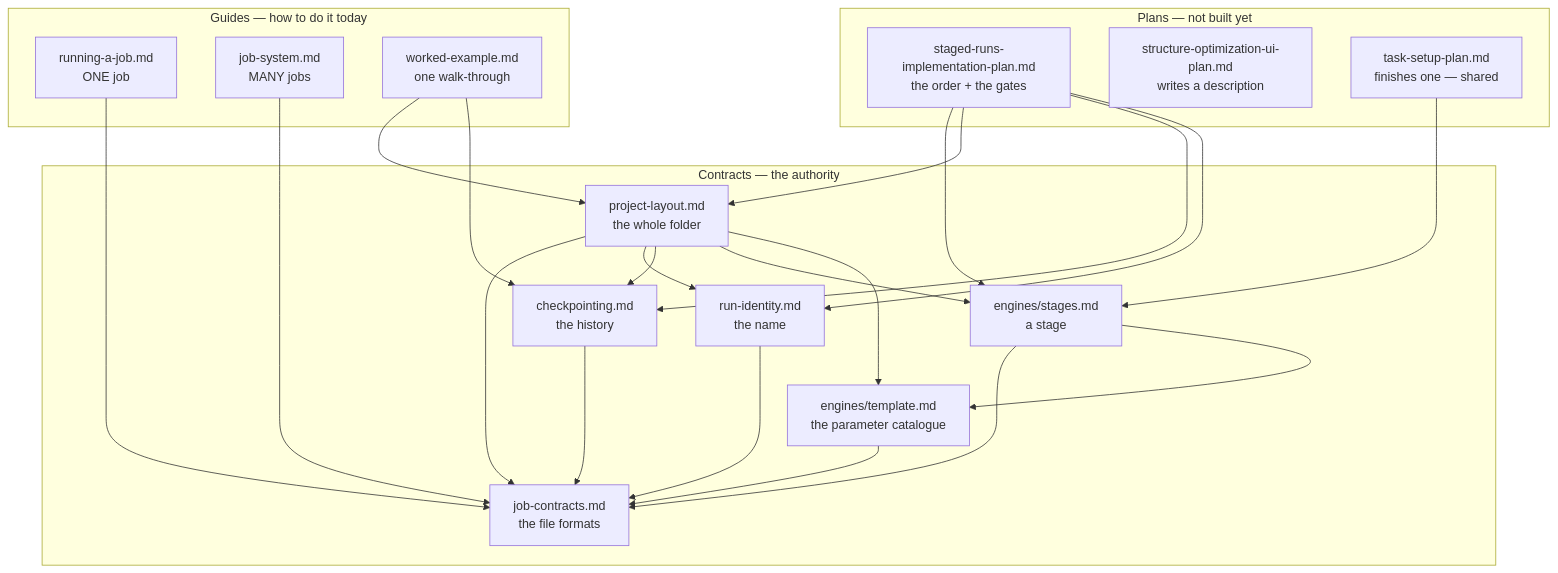
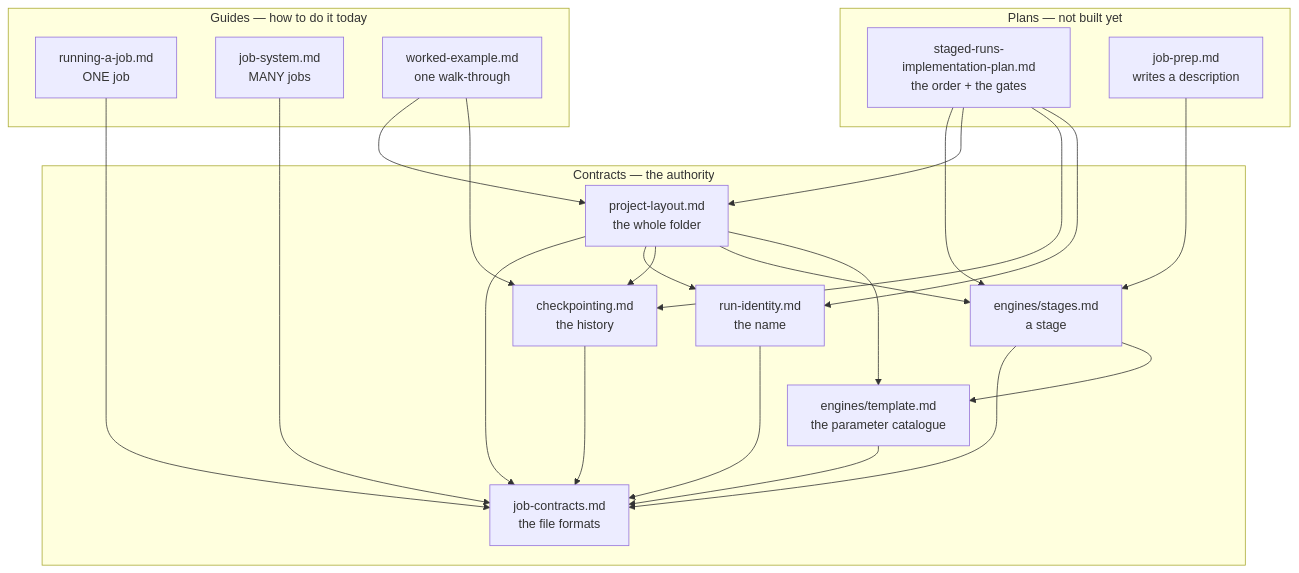
One commit to Qing-LAB/molbuilder changed the first of 2 diagrams in docs/execution/overview.md. Above: the diagram before and after it, drawn with Mermaid. The commit also changed other lines of this file and 12 other files, not shown here.

First line of the commit message:
docs(archive): six plans for finished work, and the Job Prep design lands in the core

````diff
--- a/docs/execution/overview.md
+++ b/docs/execution/overview.md
@@ -83,31 +82,30 @@
 ```mermaid
 flowchart TB
     subgraph plans["Plans — not built yet"]
       IMP["staged-runs-implementation-plan.md<br/>the order + the gates"]
-      UIP["structure-optimization-ui-plan.md<br/>writes a description"]
-      TSP["task-setup-plan.md<br/>finishes one — shared"]
+      TSP["job-prep.md<br/>writes a description"]
     end
     subgraph guides["Guides — how to do it today"]
       RAJ["running-a-job.md<br/>ONE job"]
       JS["job-system.md<br/>MANY jobs"]
       WE["worked-example.md<br/>one walk-through"]
     end
     subgraph contracts["Contracts — the authority"]
       PL["project-layout.md<br/>the whole folder"]
       CP["checkpointing.md<br/>the history"]
       RI["run-identity.md<br/>the name"]
       ST["engines/stages.md<br/>a stage"]
       TPL["engines/template.md<br/>the parameter catalogue"]
       JC["job-contracts.md<br/>the file formats"]
     end
     TSP --> ST
     IMP --> ST & PL & CP & RI
     WE --> PL & CP
     JS --> JC
     RAJ --> JC
     PL --> JC & RI & CP & ST & TPL
     CP --> JC
     RI --> JC
     ST --> JC & TPL
     TPL --> JC
 ```
````
